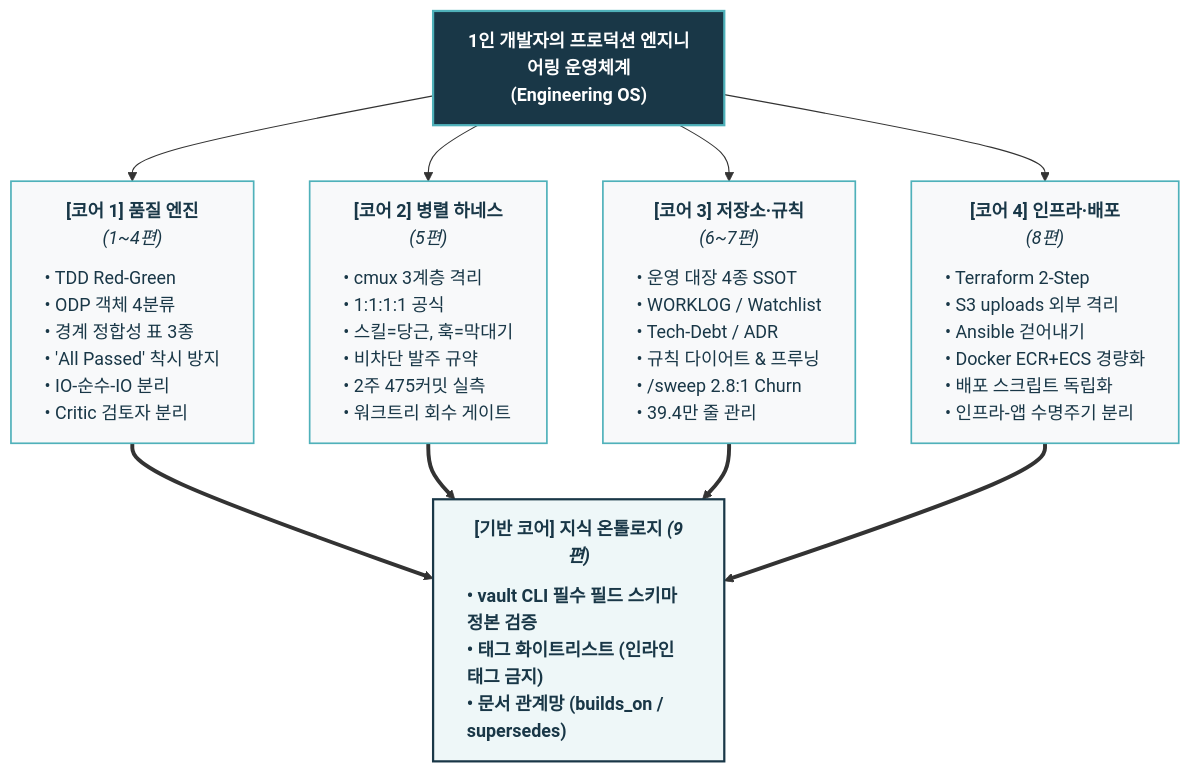
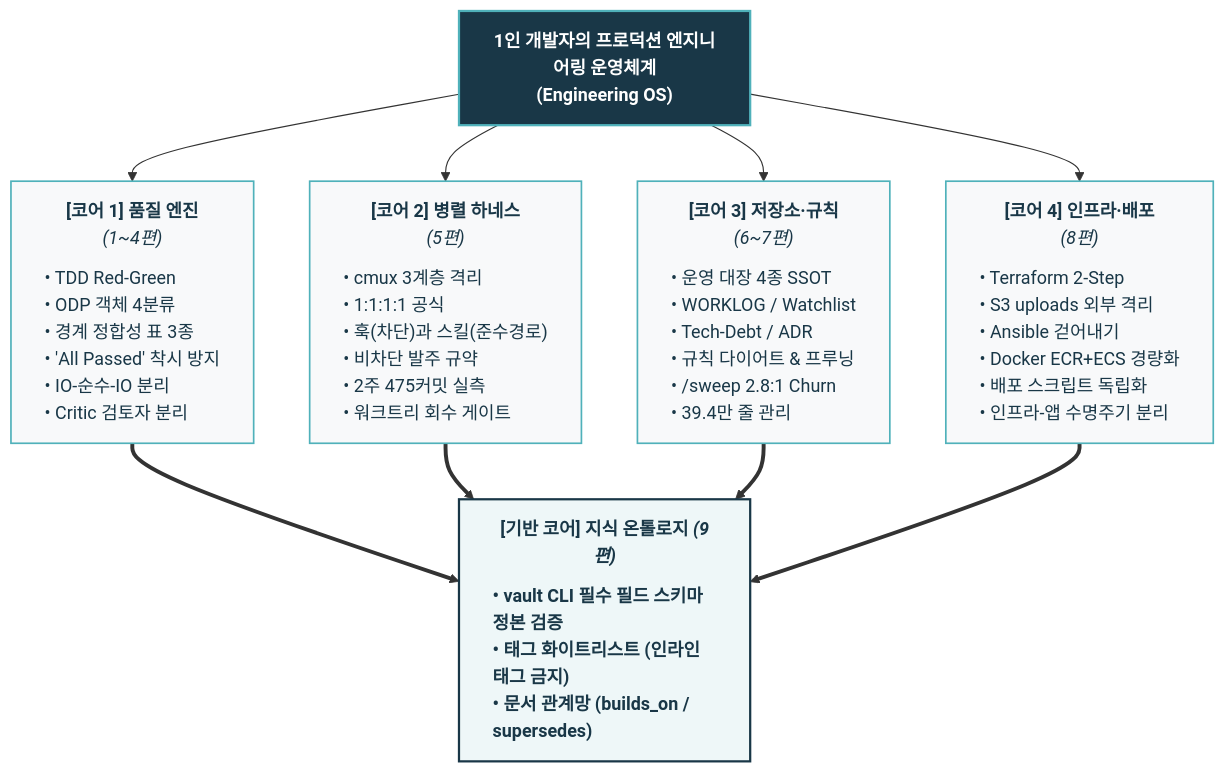
Before and after one commit to tomato-vault/tomato-vault.github.io: the diagram in _posts/tech/0 1인 개발자는 어떻게 자신만의 운영체계를 만드는가.md, drawn with Mermaid. The commit also changed other lines of this file and 16 other files, not shown here.

````diff
--- a/_posts/tech/0 1인 개발자는 어떻게 자신만의 운영체계를 만드는가.md
+++ b/_posts/tech/0 1인 개발자는 어떻게 자신만의 운영체계를 만드는가.md
@@ -69,18 +69,18 @@
 ```mermaid
 flowchart TD
     classDef header fill:#193747,stroke:#4fb1ba,stroke-width:2px,color:#fff,font-weight:bold
     classDef pillar fill:#f8f9fa,stroke:#4fb1ba,stroke-width:1.5px,color:#193747
     classDef base fill:#eef7f8,stroke:#193747,stroke-width:2px,color:#193747,font-weight:bold
 
     CORE["1인 개발자의 프로덕션 엔지니어링 운영체계<br/><b>(Engineering OS)</b>"]:::header
 
     CORE --> P1["<div style='text-align:center;'><b>[코어 1] 품질 엔진</b><br/><i>(1~4편)</i></div><hr style='margin:6px 0; border:none; border-top:1px solid #cbd5e1;'/><div style='text-align:left; line-height:1.5;'>• TDD Red-Green<br/>• ODP 객체 4분류<br/>• 경계 정합성 표 3종<br/>• 'All Passed' 착시 방지<br/>• IO-순수-IO 분리<br/>• Critic 검토자 분리</div>"]:::pillar
-    CORE --> P2["<div style='text-align:center;'><b>[코어 2] 병렬 하네스</b><br/><i>(5편)</i></div><hr style='margin:6px 0; border:none; border-top:1px solid #cbd5e1;'/><div style='text-align:left; line-height:1.5;'>• cmux 3계층 격리<br/>• 1:1:1:1 공식<br/>• 스킬=당근, 훅=막대기<br/>• 비차단 발주 규약<br/>• 2주 475커밋 실측<br/>• 워크트리 회수 게이트</div>"]:::pillar
+    CORE --> P2["<div style='text-align:center;'><b>[코어 2] 병렬 하네스</b><br/><i>(5편)</i></div><hr style='margin:6px 0; border:none; border-top:1px solid #cbd5e1;'/><div style='text-align:left; line-height:1.5;'>• cmux 3계층 격리<br/>• 1:1:1:1 공식<br/>• 훅(차단)과 스킬(준수경로)<br/>• 비차단 발주 규약<br/>• 2주 475커밋 실측<br/>• 워크트리 회수 게이트</div>"]:::pillar
     CORE --> P3["<div style='text-align:center;'><b>[코어 3] 저장소·규칙</b><br/><i>(6~7편)</i></div><hr style='margin:6px 0; border:none; border-top:1px solid #cbd5e1;'/><div style='text-align:left; line-height:1.5;'>• 운영 대장 4종 SSOT<br/>• WORKLOG / Watchlist<br/>• Tech-Debt / ADR<br/>• 규칙 다이어트 & 프루닝<br/>• /sweep 2.8:1 Churn<br/>• 39.4만 줄 관리</div>"]:::pillar
     CORE --> P4["<div style='text-align:center;'><b>[코어 4] 인프라·배포</b><br/><i>(8편)</i></div><hr style='margin:6px 0; border:none; border-top:1px solid #cbd5e1;'/><div style='text-align:left; line-height:1.5;'>• Terraform 2-Step<br/>• S3 uploads 외부 격리<br/>• Ansible 걷어내기<br/>• Docker ECR+ECS 경량화<br/>• 배포 스크립트 독립화<br/>• 인프라-앱 수명주기 분리</div>"]:::pillar
 
     P1 ==> BASE["<div style='text-align:center;'><b>[기반 코어] 지식 온톨로지</b> <i>(9편)</i></div><hr style='margin:6px 0; border:none; border-top:1px solid #cbd5e1;'/><div style='text-align:left; line-height:1.5;'>• vault CLI 필수 필드 스키마 정본 검증<br/>• 태그 화이트리스트 (인라인 태그 금지)<br/>• 문서 관계망 (builds_on / supersedes)</div>"]:::base
     P2 ==> BASE
     P3 ==> BASE
     P4 ==> BASE
 ```
````
